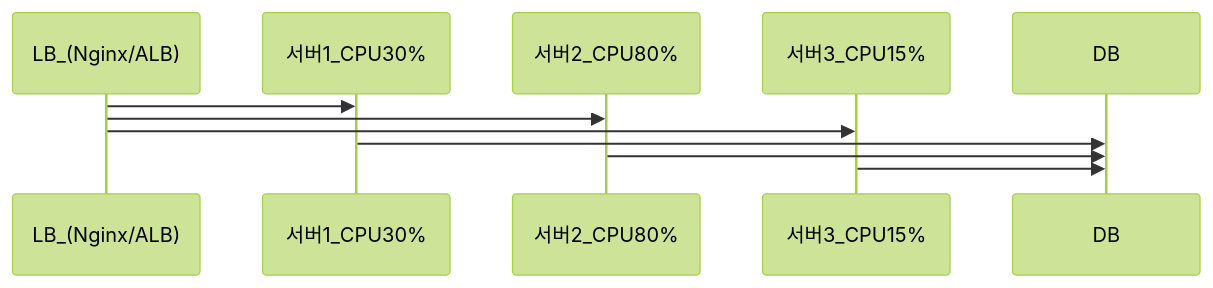
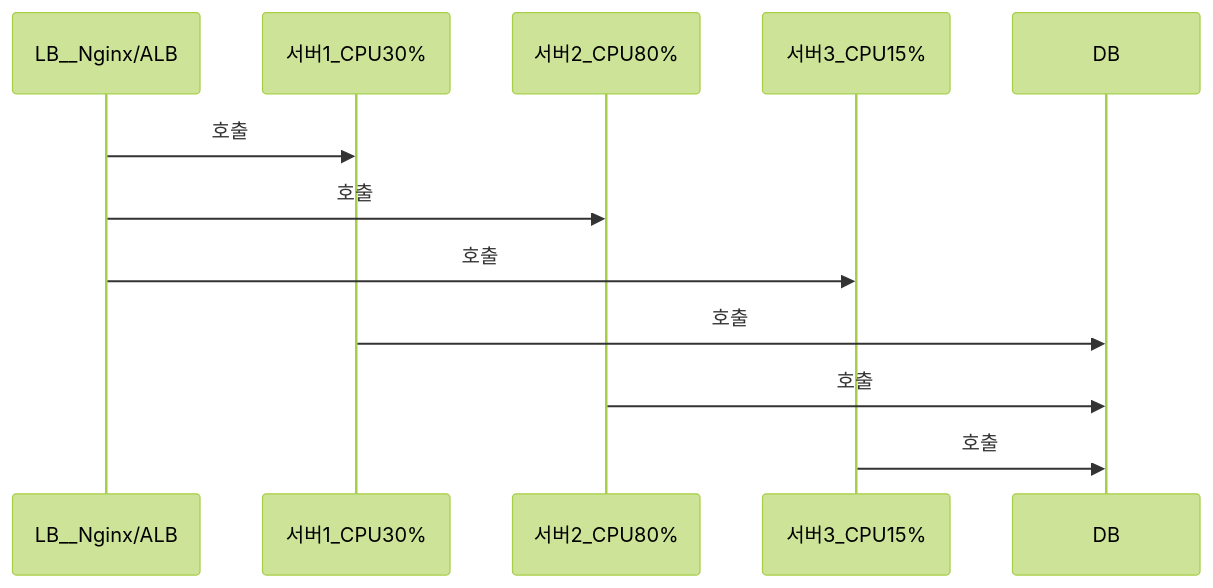
Before and after one commit to yjkim2015/yjkim2015.github.io: the sixth of 16 diagrams in _posts/systemdesign/2026-05-02-system-design-fundamentals.md, drawn with Mermaid (forest theme). The commit also changed 85 other files, not shown here.

First line of the commit message:
sequenceDiagram 문법 에러 2차 수정 169개 (86파일)

````diff
--- a/_posts/systemdesign/2026-05-02-system-design-fundamentals.md
+++ b/_posts/systemdesign/2026-05-02-system-design-fundamentals.md
@@ -255,9 +255,9 @@
 ```mermaid
 sequenceDiagram
-    LB_(Nginx/ALB)->>서버1_CPU30%:
-    LB_(Nginx/ALB)->>서버2_CPU80%:
-    LB_(Nginx/ALB)->>서버3_CPU15%:
-    서버1_CPU30%->>DB:
-    서버2_CPU80%->>DB:
-    서버3_CPU15%->>DB:
+    LB__Nginx/ALB->>서버1_CPU30%: 호출
+    LB__Nginx/ALB->>서버2_CPU80%: 호출
+    LB__Nginx/ALB->>서버3_CPU15%: 호출
+    서버1_CPU30%->>DB: 호출
+    서버2_CPU80%->>DB: 호출
+    서버3_CPU15%->>DB: 호출
 ```
````
